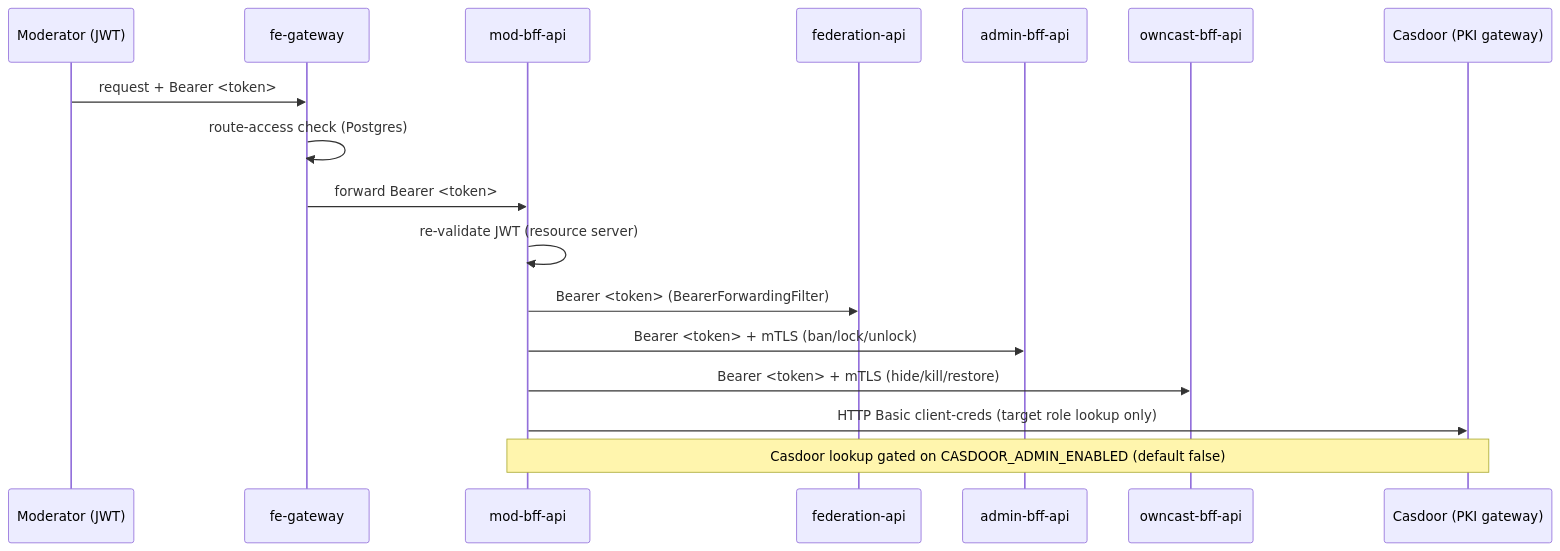
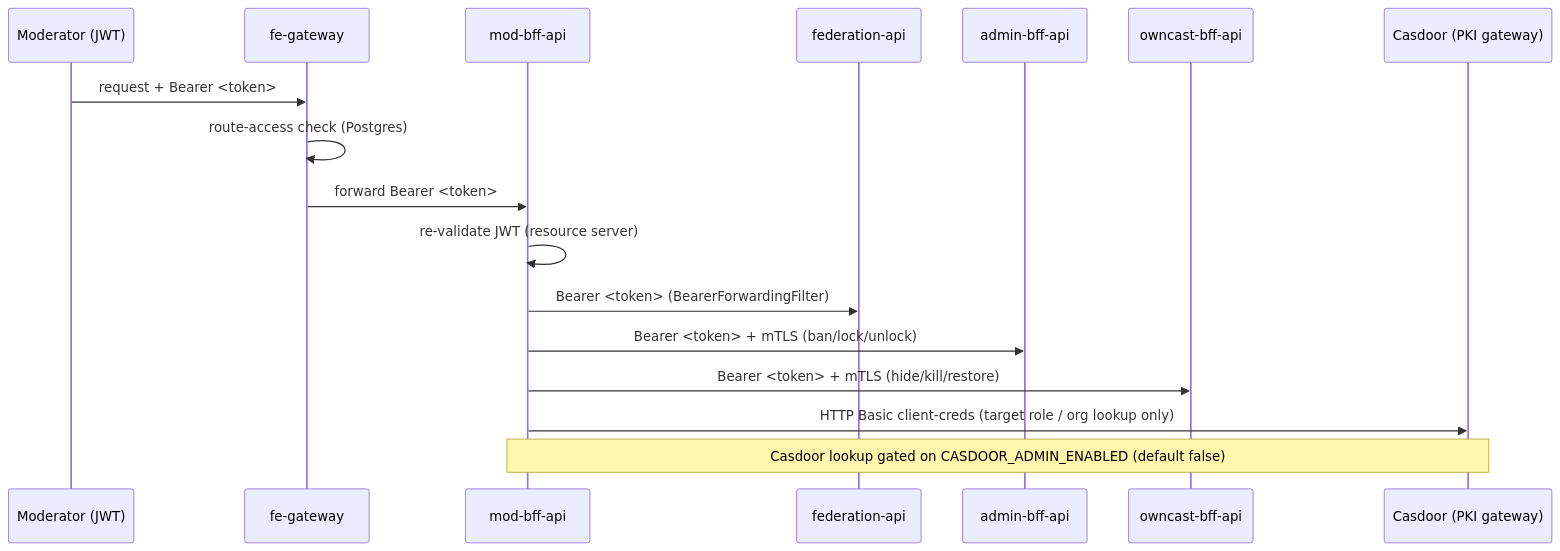
The second of 4 diagrams in content/reference/mod-bff.md (hugmesh/hugmesh.github.io), drawn with Mermaid before and after one commit. The commit also changed other lines of this file and 166 other files, not shown here.

````diff
--- a/content/reference/mod-bff.md
+++ b/content/reference/mod-bff.md
@@ -204,20 +236,20 @@
 ```mermaid
 sequenceDiagram
     participant Mod as Moderator (JWT)
     participant GW as fe-gateway
     participant BFF as mod-bff-api
     participant FedAPI as federation-api
     participant AdminBFF as admin-bff-api
     participant OwncastBFF as owncast-bff-api
     participant Casdoor as Casdoor (PKI gateway)
 
     Mod->>GW: request + Bearer <token>
     GW->>GW: route-access check (Postgres)
     GW->>BFF: forward Bearer <token>
     BFF->>BFF: re-validate JWT (resource server)
     BFF->>FedAPI: Bearer <token> (BearerForwardingFilter)
     BFF->>AdminBFF: Bearer <token> + mTLS (ban/lock/unlock)
     BFF->>OwncastBFF: Bearer <token> + mTLS (hide/kill/restore)
-    BFF->>Casdoor: HTTP Basic client-creds (target role lookup only)
+    BFF->>Casdoor: HTTP Basic client-creds (target role / org lookup only)
     Note over BFF,Casdoor: Casdoor lookup gated on CASDOOR_ADMIN_ENABLED (default false)
 ```
````
